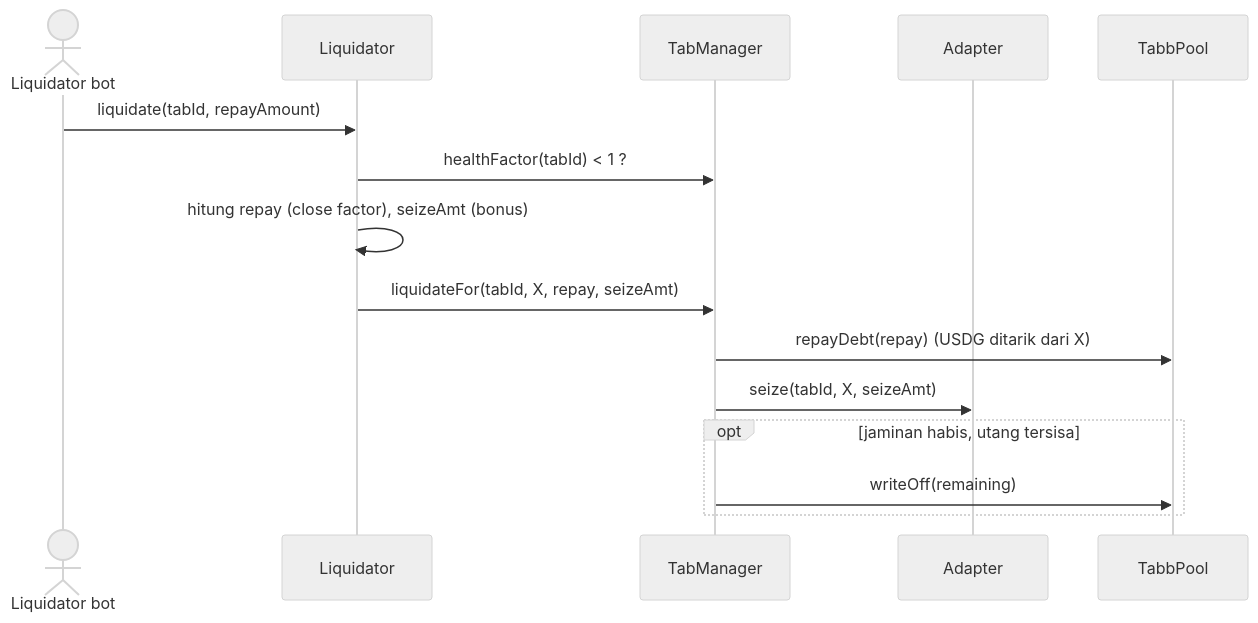
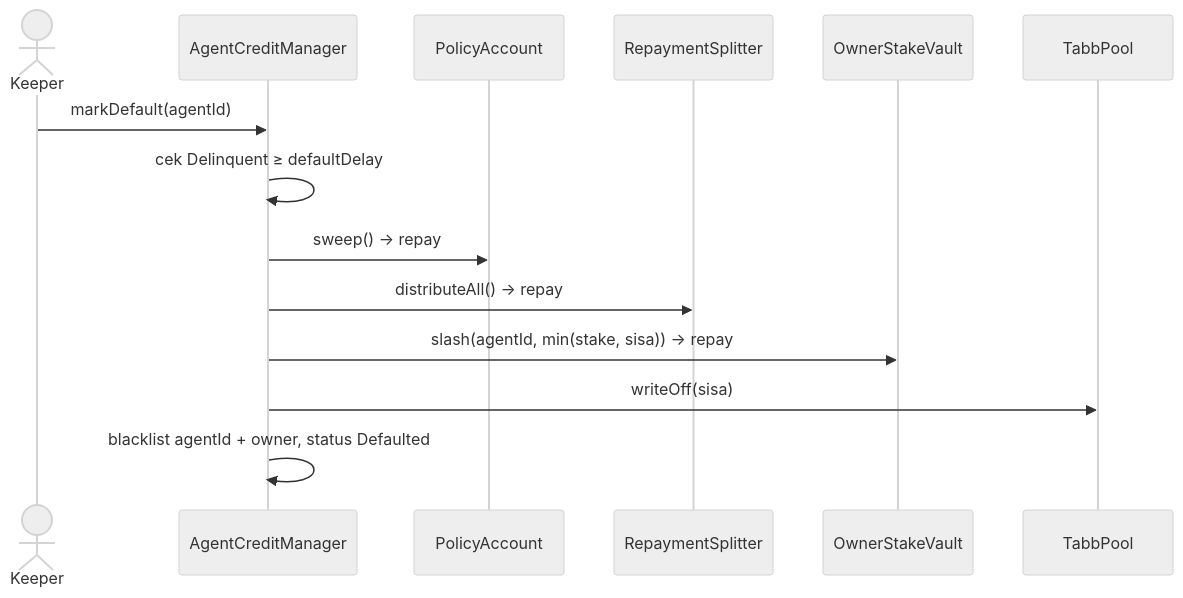
The sixth of 6 diagrams in docs/DESIGN.md (pauly-zyz/tabb), drawn with Mermaid (neutral theme) before and after one commit. The commit also changed other lines of this file, not shown here.

First line of the commit message:
docs: design v0.2 — agent credit first, yield credit second

````diff
--- a/docs/DESIGN.md
+++ b/docs/DESIGN.md
@@ -349,17 +355,16 @@
 ```mermaid
 sequenceDiagram
-    actor X as Liquidator bot
-    participant LQ as Liquidator
-    participant TM as TabManager
-    participant A as Adapter
+    actor K as Keeper
+    participant M as AgentCreditManager
+    participant PA as PolicyAccount
+    participant RS as RepaymentSplitter
+    participant SV as OwnerStakeVault
     participant P as TabbPool
-    X->>LQ: liquidate(tabId, repayAmount)
-    LQ->>TM: healthFactor(tabId) < 1 ?
-    LQ->>LQ: hitung repay (close factor), seizeAmt (bonus)
-    LQ->>TM: liquidateFor(tabId, X, repay, seizeAmt)
-    TM->>P: repayDebt(repay) (USDG ditarik dari X)
-    TM->>A: seize(tabId, X, seizeAmt)
-    opt jaminan habis, utang tersisa
-        TM->>P: writeOff(remaining)
-    end
+    K->>M: markDefault(agentId)
+    M->>M: cek Delinquent ≥ defaultDelay
+    M->>PA: sweep() → repay
+    M->>RS: distributeAll() → repay
+    M->>SV: slash(agentId, min(stake, sisa)) → repay
+    M->>P: writeOff(sisa)
+    M->>M: blacklist agentId + owner, status Defaulted
 ```
````
